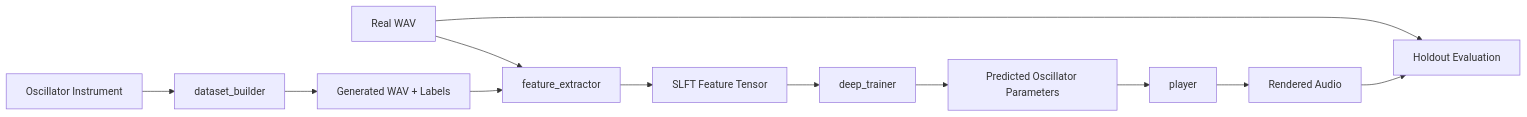
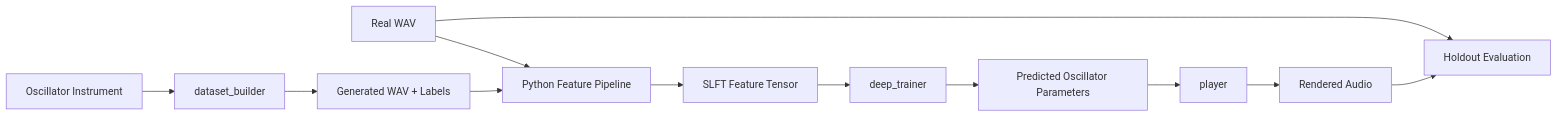
The diagram in README.md (BMFriedenstein/SoundLearner), drawn with Mermaid before and after one commit. The commit also changed other lines of this file and 48 other files, not shown here.

Commit message:
Add Python audio pipeline and analysis workbench

````diff
--- a/README.md
+++ b/README.md
@@ -7,14 +7,14 @@
 ```mermaid
 flowchart LR
     A["Oscillator Instrument"] --> B["dataset_builder"]
     B --> C["Generated WAV + Labels"]
-    D["Real WAV"] --> E["feature_extractor"]
+    D["Real WAV"] --> E["Python Feature Pipeline"]
     C --> E
     E --> F["SLFT Feature Tensor"]
     F --> G["deep_trainer"]
     G --> H["Predicted Oscillator Parameters"]
     H --> I["player"]
     I --> J["Rendered Audio"]
     D --> K["Holdout Evaluation"]
     J --> K
 ```
````
